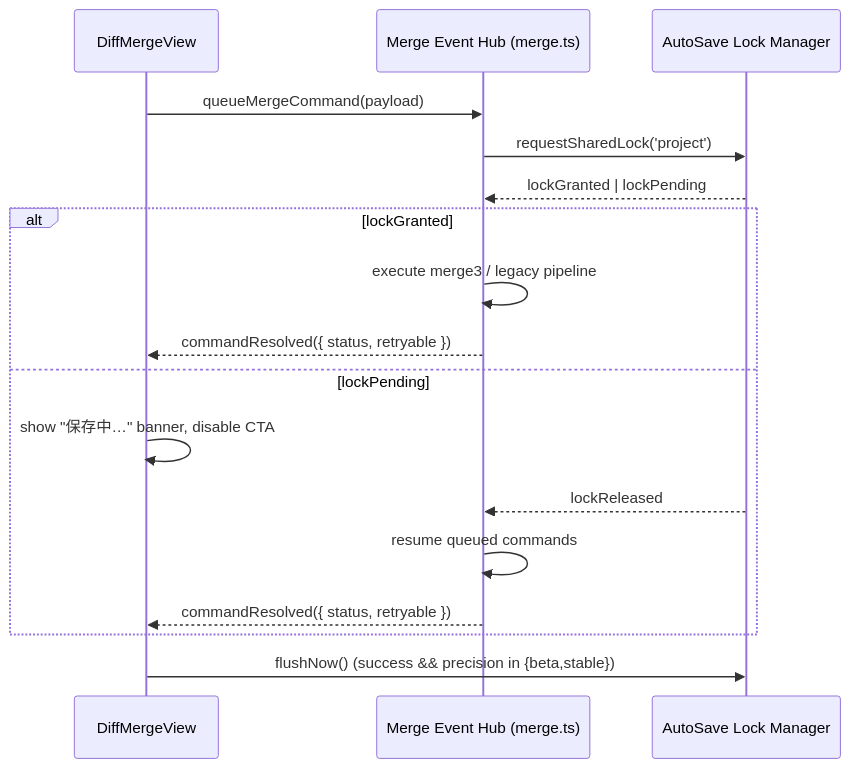
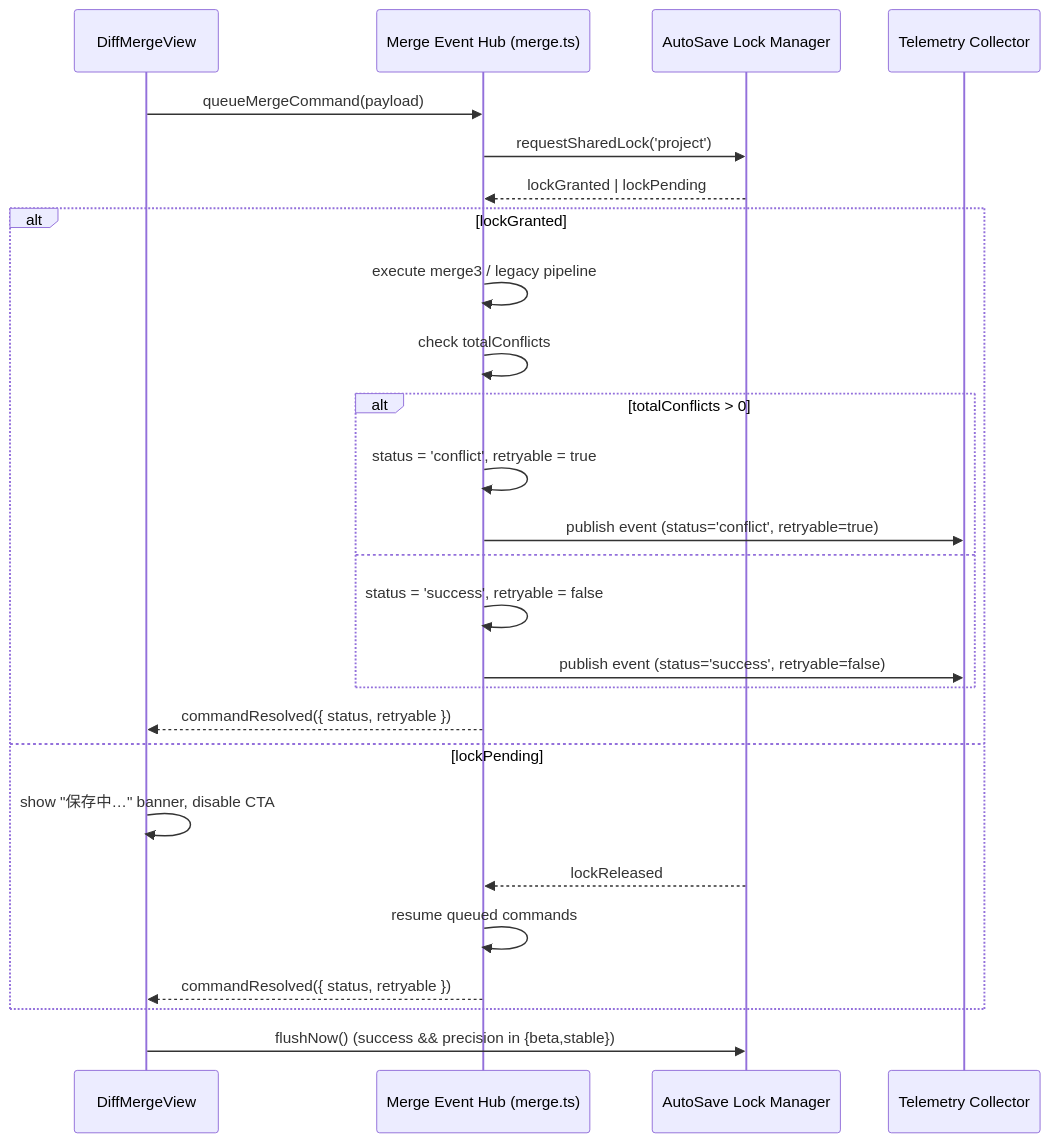
Before and after one commit to RNA4219/Conimgponic: the third of 3 diagrams in docs/MERGE-DESIGN-IMPL.md, drawn with Mermaid. The commit also changed other lines of this file and 2 other files, not shown here.

````diff
--- a/docs/MERGE-DESIGN-IMPL.md
+++ b/docs/MERGE-DESIGN-IMPL.md
@@ -192,19 +192,28 @@
 ```mermaid
 sequenceDiagram
     participant UI as DiffMergeView
     participant Hub as Merge Event Hub (merge.ts)
     participant AutoSave as AutoSave Lock Manager
+    participant Collector as Telemetry Collector
     UI->>Hub: queueMergeCommand(payload)
     Hub->>AutoSave: requestSharedLock('project')
     AutoSave-->>Hub: lockGranted | lockPending
     alt lockGranted
         Hub->>Hub: execute merge3 / legacy pipeline
+        Hub->>Hub: check totalConflicts
+        alt totalConflicts > 0
+            Hub->>Hub: status = 'conflict', retryable = true
+            Hub->>Collector: publish event (status='conflict', retryable=true)
+        else
+            Hub->>Hub: status = 'success', retryable = false
+            Hub->>Collector: publish event (status='success', retryable=false)
+        end
         Hub-->>UI: commandResolved({ status, retryable })
     else lockPending
         UI->>UI: show "保存中…" banner, disable CTA
         AutoSave-->>Hub: lockReleased
         Hub->>Hub: resume queued commands
         Hub-->>UI: commandResolved({ status, retryable })
     end
     UI->>AutoSave: flushNow() (success && precision in {beta,stable})
 ```
````
